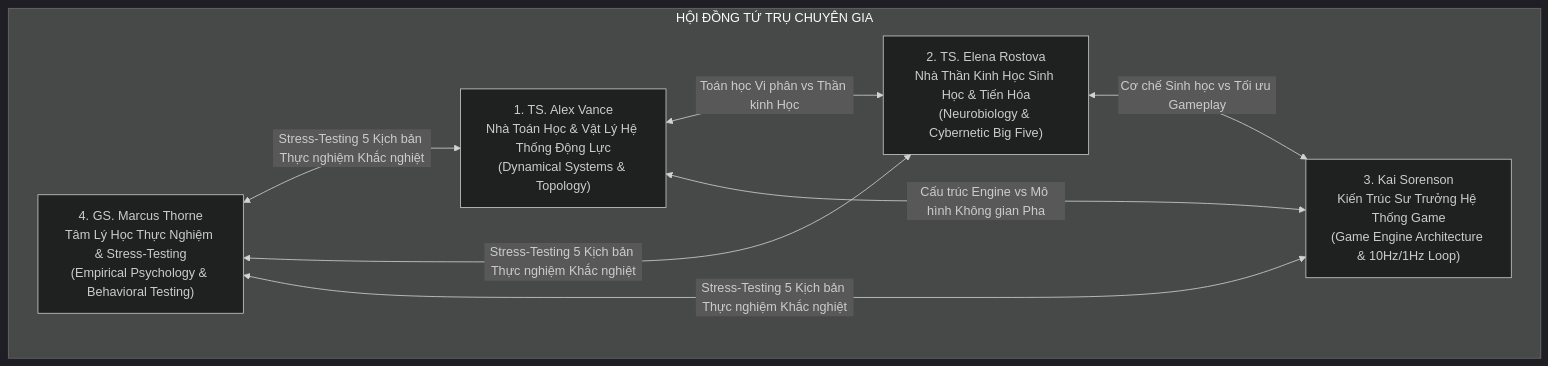
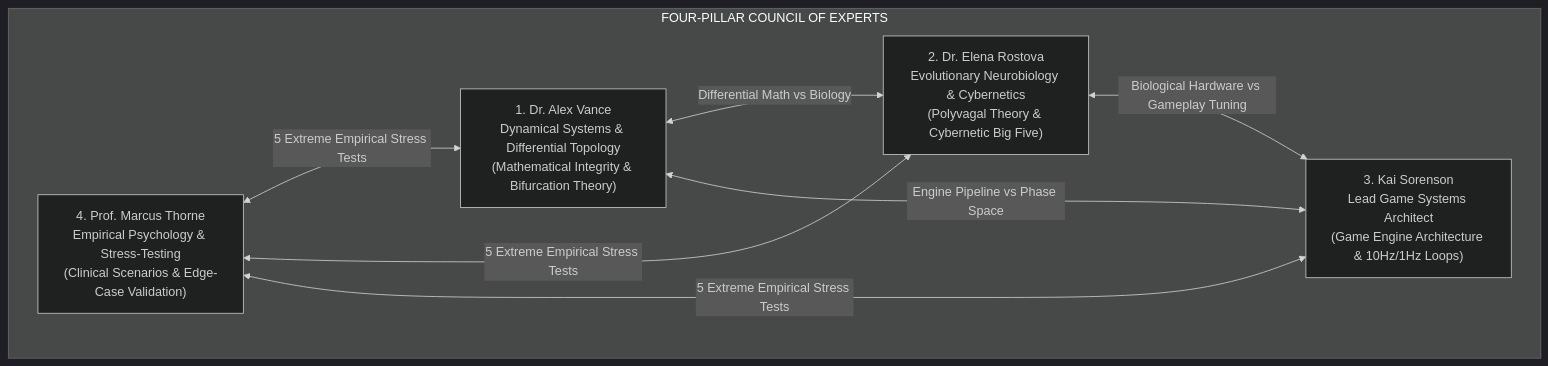
Before and after one commit to HeldenChill/Researchs: the diagram in agents/README.md, drawn with Mermaid (dark theme). The commit also changed other lines of this file and 9 other files, not shown here.

````diff
--- a/agents/README.md
+++ b/agents/README.md
@@ -10,16 +10,16 @@
 ```mermaid
 graph TD
-    subgraph COUNCIL["HỘI ĐỒNG TỨ TRỤ CHUYÊN GIA"]
-        AV["1. TS. Alex Vance<br/>Nhà Toán Học & Vật Lý Hệ Thống Động Lực<br/>(Dynamical Systems & Topology)"]
-        ER["2. TS. Elena Rostova<br/>Nhà Thần Kinh Học Sinh Học & Tiến Hóa<br/>(Neurobiology & Cybernetic Big Five)"]
-        KS["3. Kai Sorenson<br/>Kiến Trúc Sư Trưởng Hệ Thống Game<br/>(Game Engine Architecture & 10Hz/1Hz Loop)"]
-        MT["4. GS. Marcus Thorne<br/>Tâm Lý Học Thực Nghiệm & Stress-Testing<br/>(Empirical Psychology & Behavioral Testing)"]
+    subgraph COUNCIL["FOUR-PILLAR COUNCIL OF EXPERTS"]
+        AV["1. Dr. Alex Vance<br/>Dynamical Systems & Differential Topology<br/>(Mathematical Integrity & Bifurcation Theory)"]
+        ER["2. Dr. Elena Rostova<br/>Evolutionary Neurobiology & Cybernetics<br/>(Polyvagal Theory & Cybernetic Big Five)"]
+        KS["3. Kai Sorenson<br/>Lead Game Systems Architect<br/>(Game Engine Architecture & 10Hz/1Hz Loops)"]
+        MT["4. Prof. Marcus Thorne<br/>Empirical Psychology & Stress-Testing<br/>(Clinical Scenarios & Edge-Case Validation)"]
     end
 
-    AV <-->|Toán học Vi phân vs Thần kinh Học| ER
-    ER <-->|Cơ chế Sinh học vs Tối ưu Gameplay| KS
-    KS <-->|Cấu trúc Engine vs Mô hình Không gian Pha| AV
-    MT <-->|Stress-Testing 5 Kịch bản Thực nghiệm Khắc nghiệt| AV
-    MT <-->|Stress-Testing 5 Kịch bản Thực nghiệm Khắc nghiệt| ER
-    MT <-->|Stress-Testing 5 Kịch bản Thực nghiệm Khắc nghiệt| KS
+    AV <-->|Differential Math vs Biology| ER
+    ER <-->|Biological Hardware vs Gameplay Tuning| KS
+    KS <-->|Engine Pipeline vs Phase Space| AV
+    MT <-->|5 Extreme Empirical Stress Tests| AV
+    MT <-->|5 Extreme Empirical Stress Tests| ER
+    MT <-->|5 Extreme Empirical Stress Tests| KS
 ```
````
